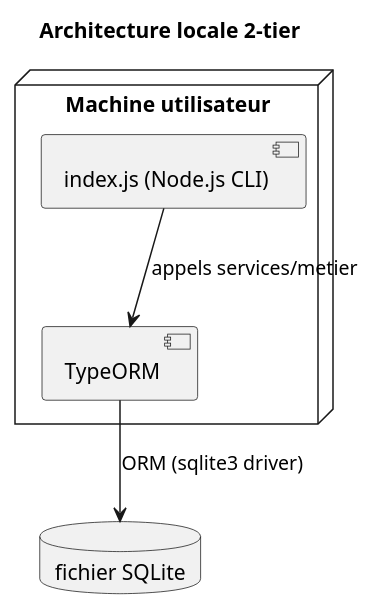
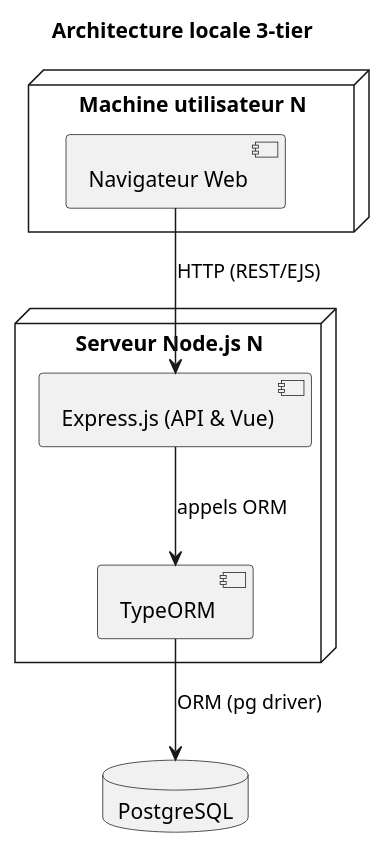
Before and after one commit to RaphaelMailhiot/LOG430-labo: the diagram in docs/physical/local-architecture.puml, drawn with PlantUML. The commit also changed 23 other files, not shown here.

Commit message:
Add Dashboard + Update UML

```diff
--- a/docs/physical/local-architecture.puml
+++ b/docs/physical/local-architecture.puml
@@ -1,15 +1,20 @@
 @startuml
 
-title Architecture locale 2-tier
+title Architecture locale 3-tier
 
-node "Machine utilisateur" {
-  component "index.js (Node.js CLI)"
+node "Machine utilisateur N" {
+  component "Navigateur Web"
+}
+
+node "Serveur Node.js N" {
+  component "Express.js (API & Vue)"
   component "TypeORM"
 }
 
-database "fichier SQLite"
+database "PostgreSQL"
 
-"index.js (Node.js CLI)" --> "TypeORM" : appels services/metier
-"TypeORM" --> "fichier SQLite" : ORM (sqlite3 driver)
+"Navigateur Web" --> "Express.js (API & Vue)" : HTTP (REST/EJS)
+"Express.js (API & Vue)" --> "TypeORM" : appels ORM
+"TypeORM" --> "PostgreSQL" : ORM (pg driver)
 
 @enduml
```
